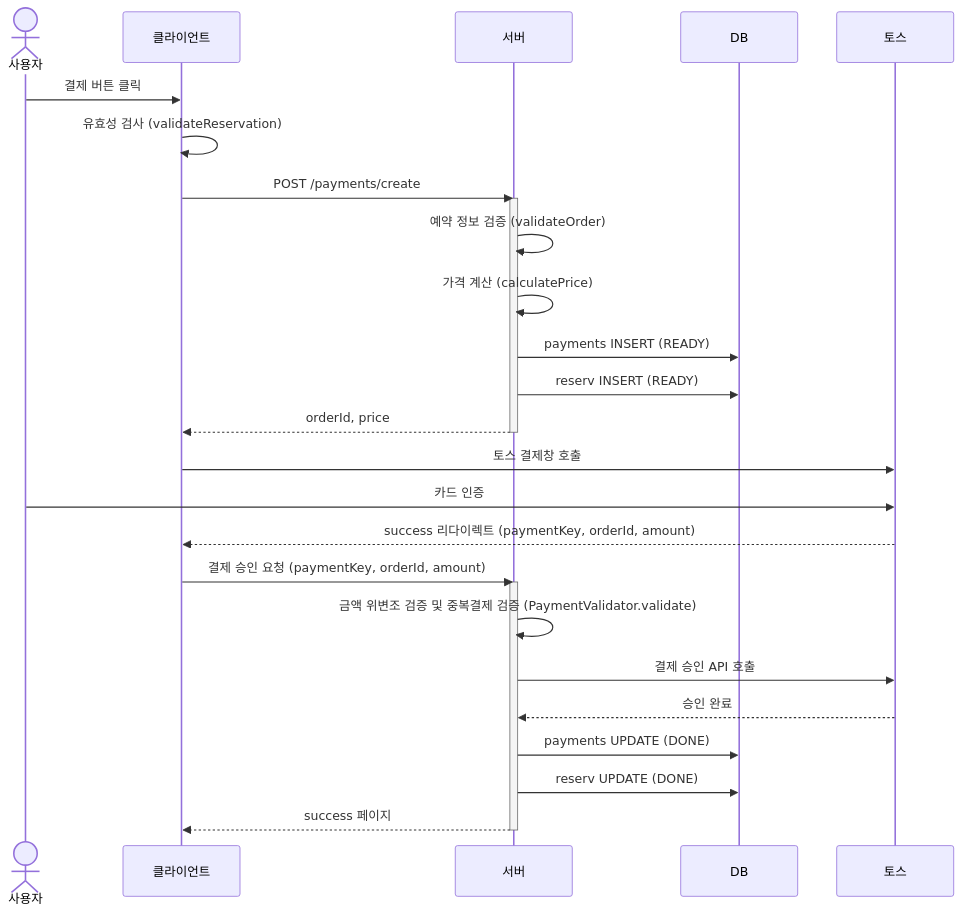
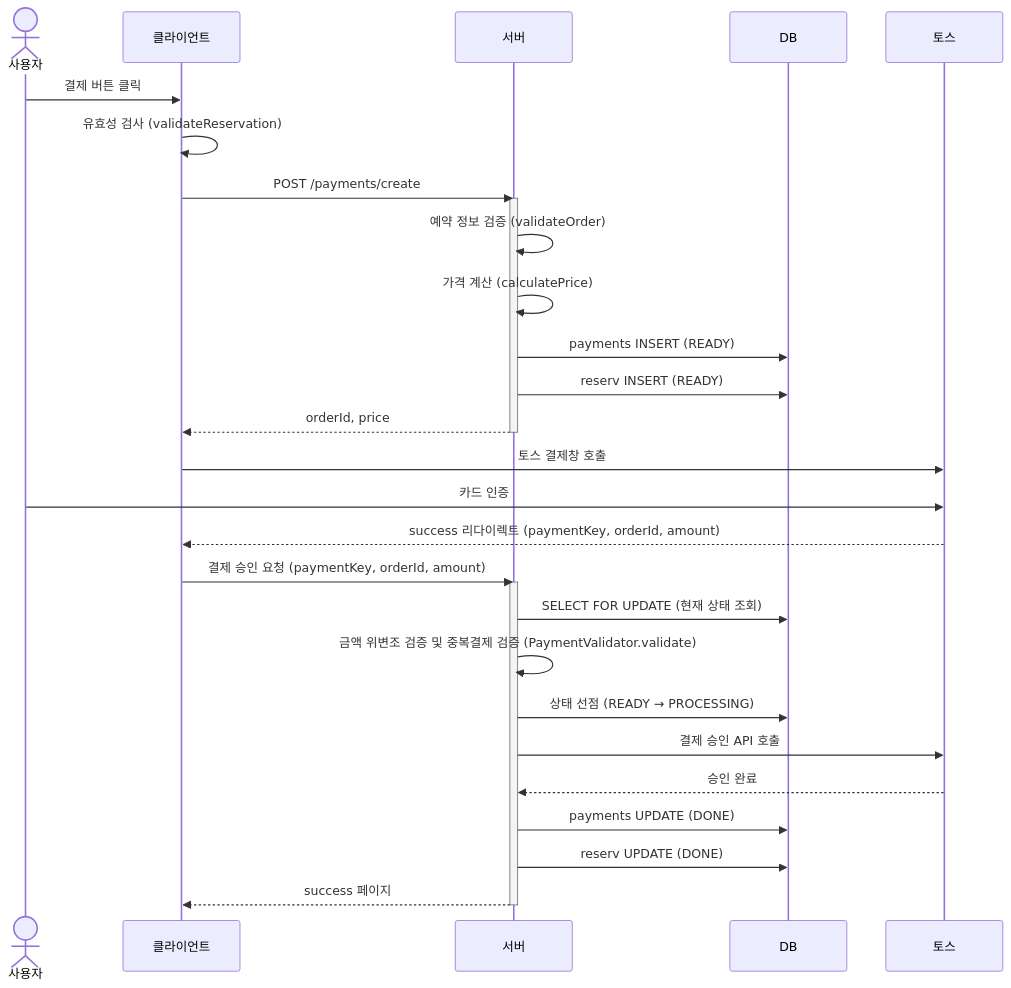
Before and after one commit to Lee-jinri/petcation: the first of 3 diagrams in README.md, drawn with Mermaid. The commit also changed other lines of this file, not shown here.

````diff
--- a/README.md
+++ b/README.md
@@ -59,33 +59,35 @@
 ```mermaid
 sequenceDiagram
     actor U as 사용자
     participant C as 클라이언트
     participant S as 서버
     participant DB as DB
     participant T as 토스
 
     U->>C: 결제 버튼 클릭
     C->>C: 유효성 검사 (validateReservation)
     C->>S: POST /payments/create
     activate S
     S->>S: 예약 정보 검증 (validateOrder)
     S->>S: 가격 계산 (calculatePrice)
     S->>DB: payments INSERT (READY)
     S->>DB: reserv INSERT (READY)
     S-->>C: orderId, price
     deactivate S
 
     C->>T: 토스 결제창 호출
     U->>T: 카드 인증
     T-->>C: success 리다이렉트 (paymentKey, orderId, amount)
     
 	C->>S: 결제 승인 요청 (paymentKey, orderId, amount)
     activate S
-    S->>S: 금액 위변조 검증 및 중복결제 검증 (PaymentValidator.validate)
+	S->>DB: SELECT FOR UPDATE (현재 상태 조회)
+	S->>S: 금액 위변조 검증 및 중복결제 검증 (PaymentValidator.validate)
+	S->>DB: 상태 선점 (READY → PROCESSING)
     S->>T: 결제 승인 API 호출
     T-->>S: 승인 완료
     S->>DB: payments UPDATE (DONE)
     S->>DB: reserv UPDATE (DONE)
     S-->>C: success 페이지
     deactivate S
 ```
````
